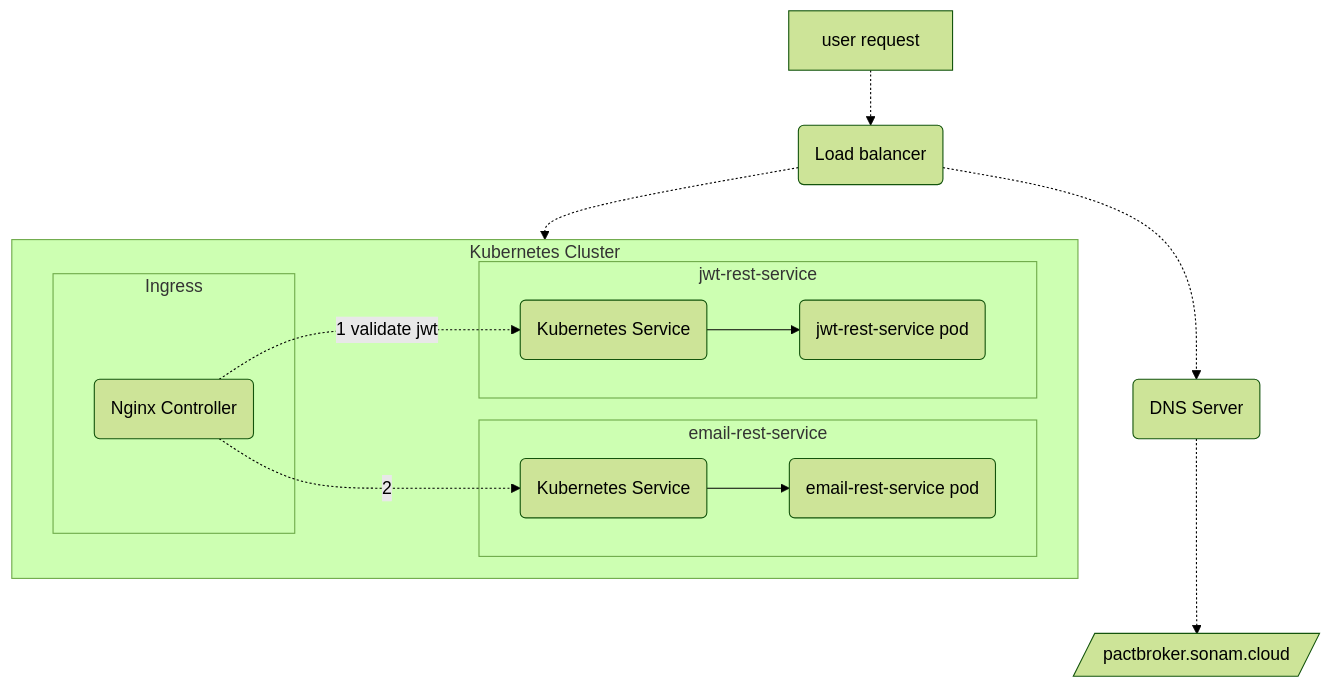
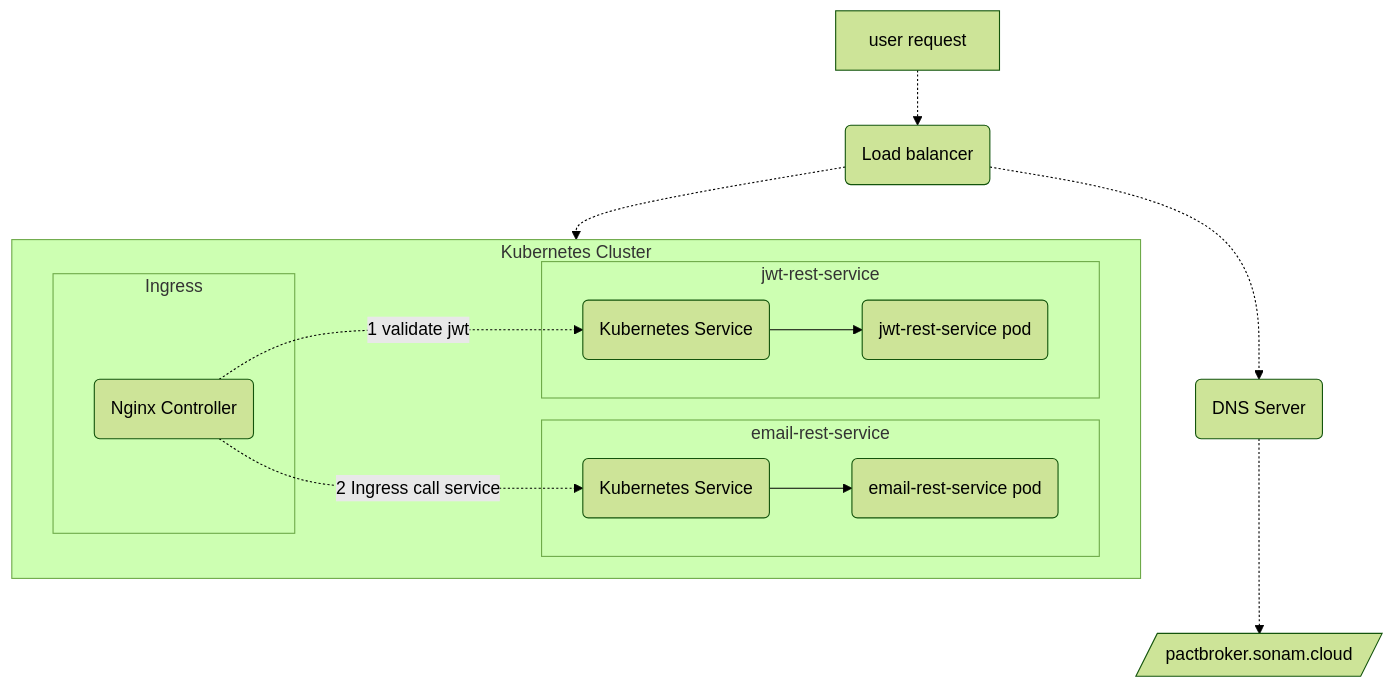
Before and after one commit to sonamsamdupkhangsar/sonamsamdupkhangsar.github.io: the first of 4 diagrams in README.md, drawn with Mermaid (forest theme).

Commit message:
add jwt-rest-service

````diff
--- a/README.md
+++ b/README.md
@@ -12,23 +12,23 @@
 ```mermaid
 flowchart TD
     A[user request] -.-> B(Load balancer)
     B -.-> C(DNS Server)
     C -.-> D[/pactbroker.sonam.cloud/]
     subgraph k8[Kubernetes Cluster]
     subgraph ingress[Ingress]
     F(Nginx Controller)
     end
     subgraph app[email-rest-service]
     G(Kubernetes Service)
     G --> H(email-rest-service pod)
     end    
     subgraph jwt[jwt-rest-service]
     I(Kubernetes Service)
     I --> J(jwt-rest-service pod)
     end    
     end
-    F -. 2 .-> G
+    F -. 2 Ingress call service .-> G
     F -. 1 validate jwt .-> I
     B -.-> k8
     
 ```
````
